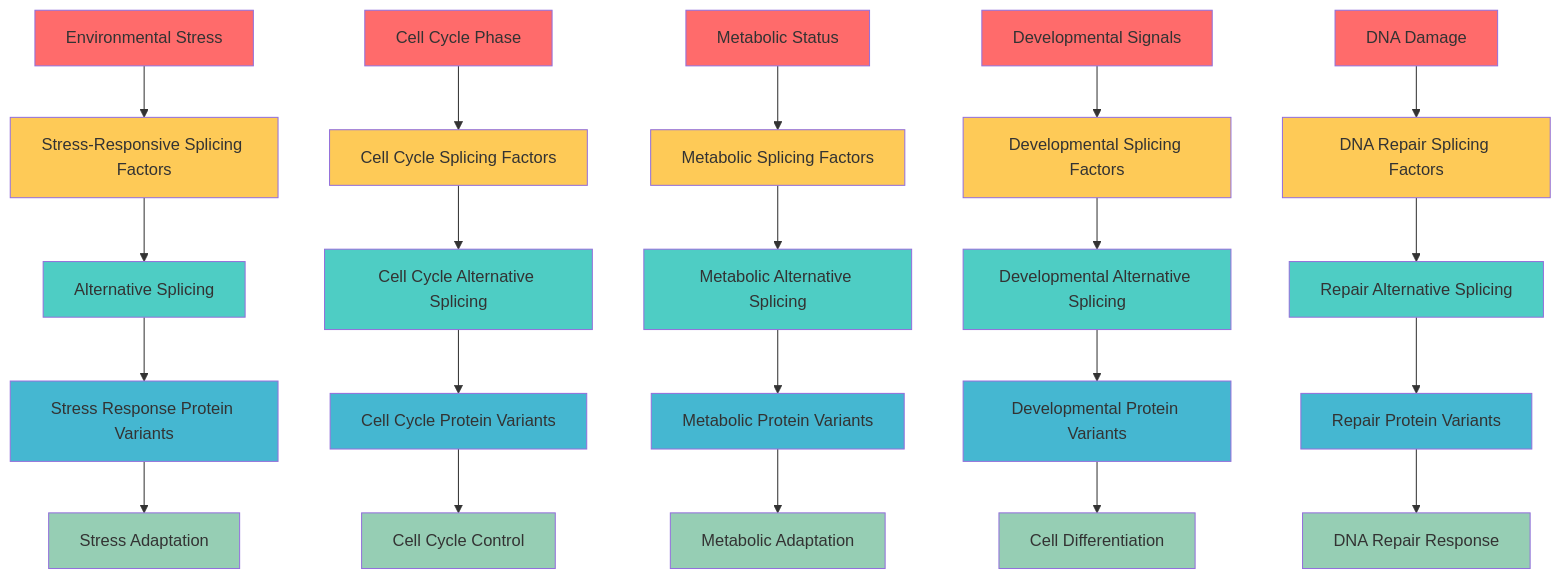
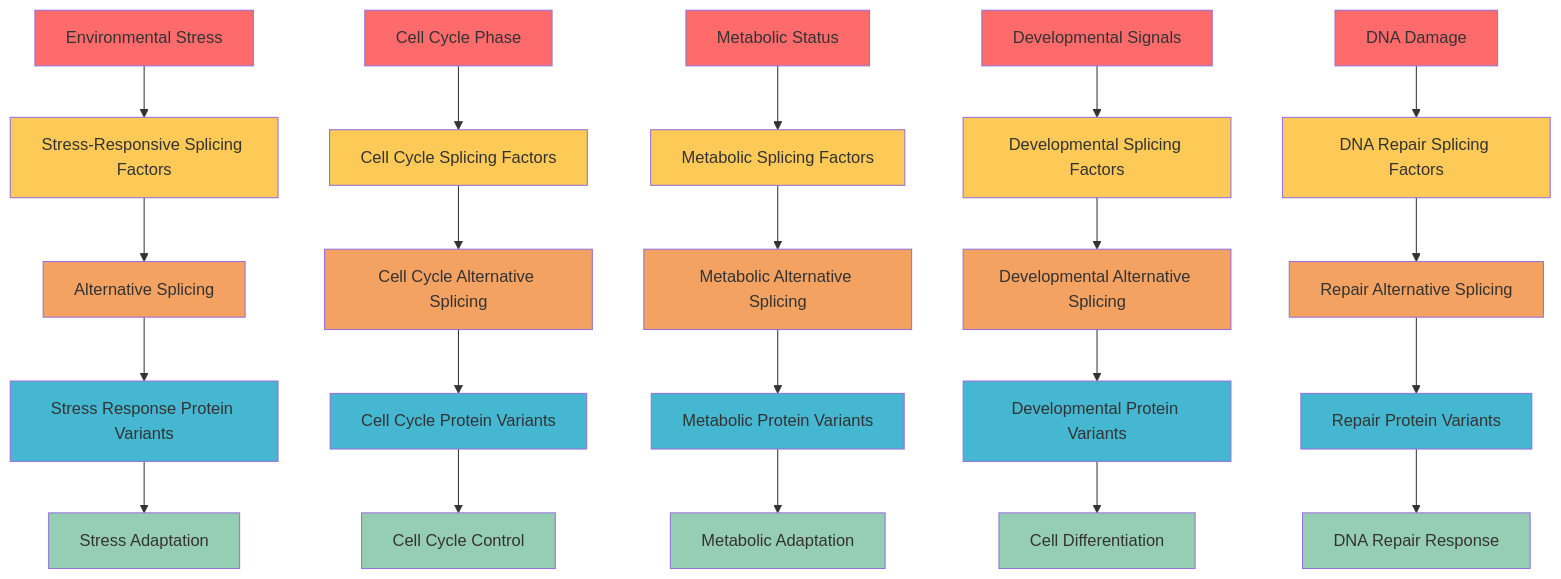
One commit to garywelz/glmp changed the diagram in docs/paper/community/contributions/new_charts/batch12_05_alternative_splicing_regulation.mmd. Above: the diagram before and after it, drawn with Mermaid. The commit also changed 252 other files, not shown here.

Commit message:
Palette migration: replace teal with orange for catalysts across Mermaid HTML/MMD; update legends, strokes, and narrative text; unify emojis and theme variables

```diff
--- a/docs/paper/community/contributions/new_charts/batch12_05_alternative_splicing_regulation.mmd
+++ b/docs/paper/community/contributions/new_charts/batch12_05_alternative_splicing_regulation.mmd
@@ -1,51 +1,51 @@
 graph TD
     A[Environmental Stress] --> B[Stress-Responsive Splicing Factors]
     B --> C[Alternative Splicing]
     C --> D[Stress Response Protein Variants]
     D --> E[Stress Adaptation]
     
     F[Cell Cycle Phase] --> G[Cell Cycle Splicing Factors]
     G --> H[Cell Cycle Alternative Splicing]
     H --> I[Cell Cycle Protein Variants]
     I --> J[Cell Cycle Control]
     
     K[Metabolic Status] --> L[Metabolic Splicing Factors]
     L --> M[Metabolic Alternative Splicing]
     M --> N[Metabolic Protein Variants]
     N --> O[Metabolic Adaptation]
     
     P[Developmental Signals] --> Q[Developmental Splicing Factors]
     Q --> R[Developmental Alternative Splicing]
     R --> S[Developmental Protein Variants]
     S --> T[Cell Differentiation]
     
     U[DNA Damage] --> V[DNA Repair Splicing Factors]
     V --> W[Repair Alternative Splicing]
     W --> X[Repair Protein Variants]
     X --> Y[DNA Repair Response]
     
     style A fill:#ff6b6b
     style B fill:#feca57
-    style C fill:#4ecdc4
+    style C fill:#f4a261
     style D fill:#45b7d1
     style E fill:#96ceb4
     style F fill:#ff6b6b
     style G fill:#feca57
-    style H fill:#4ecdc4
+    style H fill:#f4a261
     style I fill:#45b7d1
     style J fill:#96ceb4
     style K fill:#ff6b6b
     style L fill:#feca57
-    style M fill:#4ecdc4
+    style M fill:#f4a261
     style N fill:#45b7d1
     style O fill:#96ceb4
     style P fill:#ff6b6b
     style Q fill:#feca57
-    style R fill:#4ecdc4
+    style R fill:#f4a261
     style S fill:#45b7d1
     style T fill:#96ceb4
     style U fill:#ff6b6b
     style V fill:#feca57
-    style W fill:#4ecdc4
+    style W fill:#f4a261
     style X fill:#45b7d1
     style Y fill:#96ceb4
```
